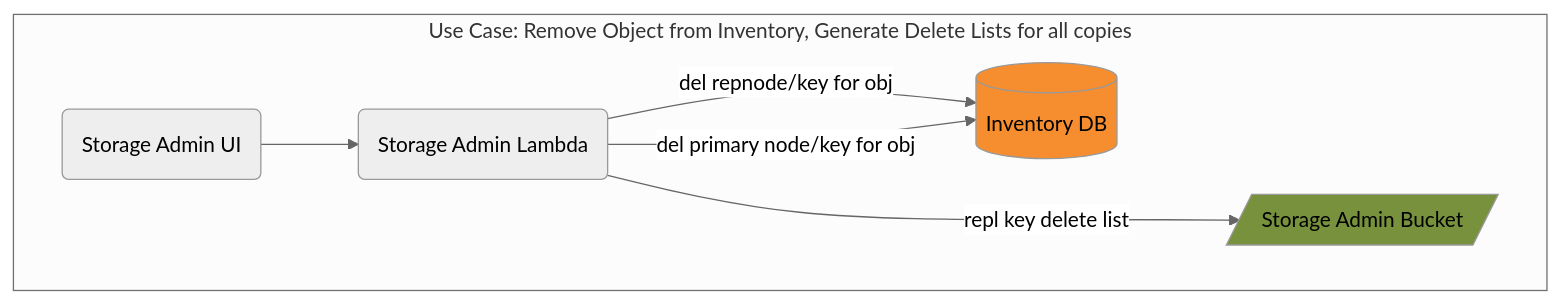
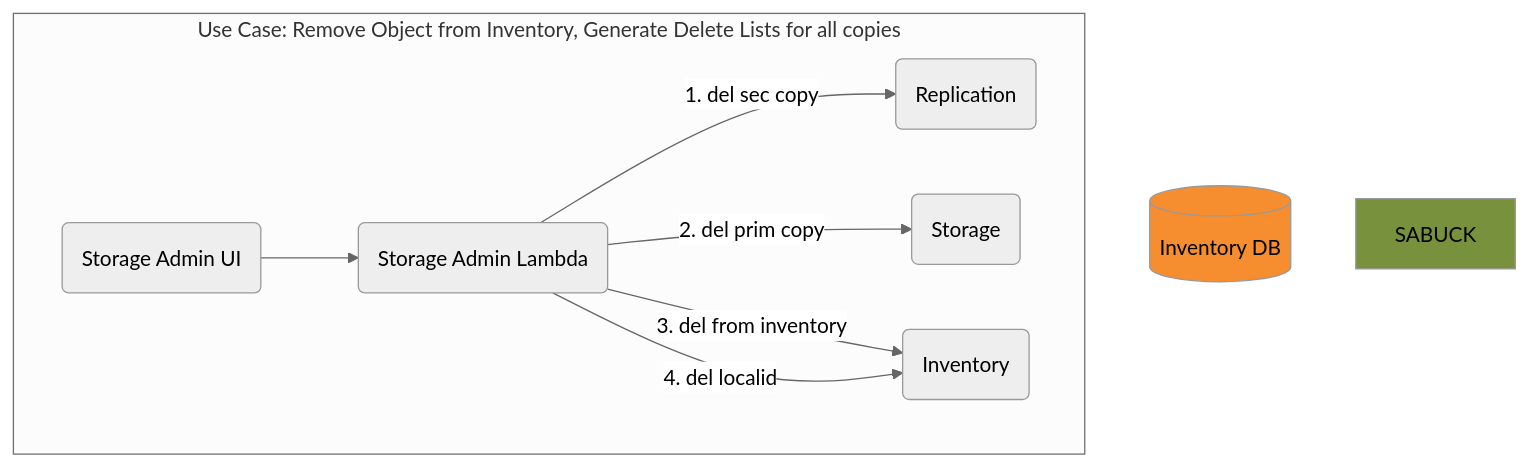
Before and after one commit to CDLUC3/mrt-doc: the diagram in diagrams/store-admin-del-node-obj.mmd, drawn with Mermaid. The commit also changed 14 other files, not shown here.

```diff
--- a/diagrams/store-admin-del-node-obj.mmd
+++ b/diagrams/store-admin-del-node-obj.mmd
@@ -1,16 +1,19 @@
 %%{init: {'theme': 'neutral', 'securityLevel': 'loose'}}%%
 graph TD
   SAUI("Storage Admin UI")
   SA("Storage Admin Lambda")
   RDS[(Inventory DB)]
-  SABUCK[/"Storage Admin Bucket"/]
+  REPLIC(Replication)
+  ST(Storage)
+  INV(Inventory)
 
   subgraph "Use Case: Remove Object from Inventory, Generate Delete Lists for all copies"
     SAUI-->SA
-    SA--->|"repl key delete list"|SABUCK
-    SA-->|"del repnode/key for obj"|RDS
-    SA-->|"del primary node/key for obj"|RDS
+    SA-->|"1. del sec copy"|REPLIC
+    SA-->|"2. del prim copy"|ST
+    SA-->|"3. del from inventory"|INV
+    SA-->|"4. del localid"|INV
   end
 
   style RDS fill:#F68D2F
   style SABUCK fill:#77913C
```
